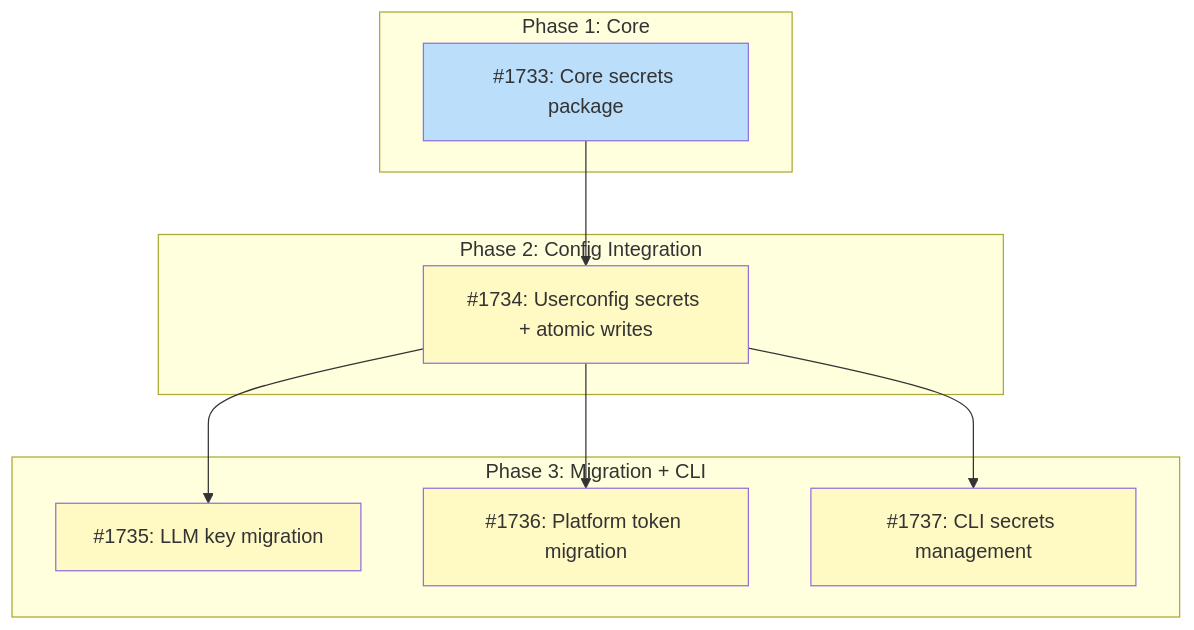
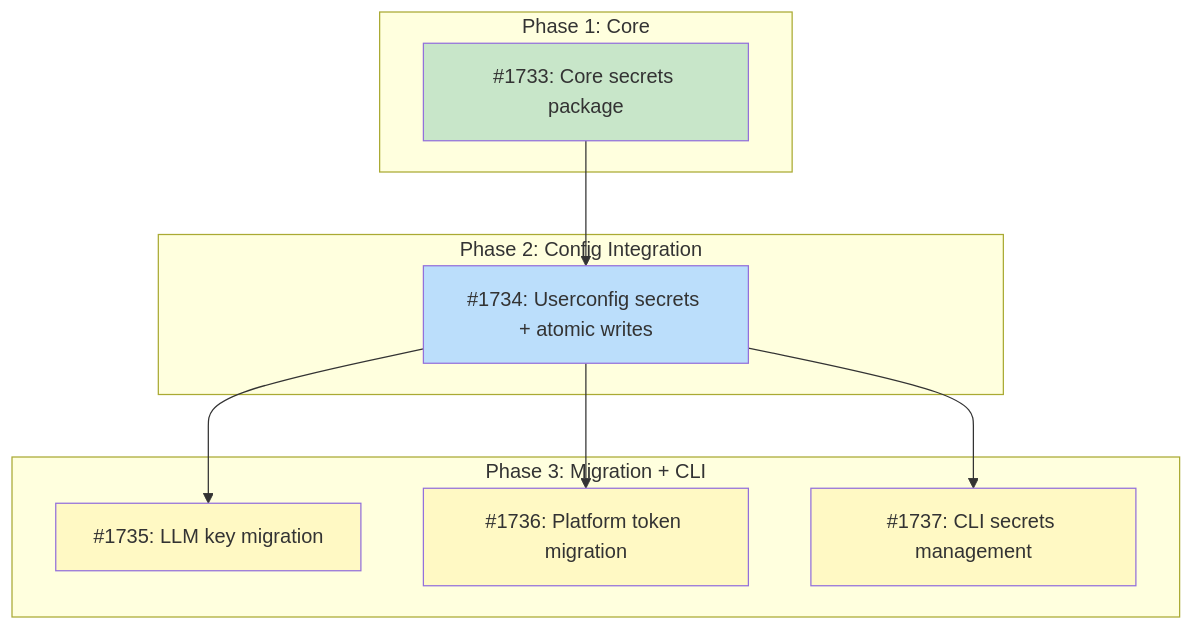
One commit to tsukumogami/tsuku changed the diagram in docs/designs/DESIGN-secrets-manager.md. Above: the diagram before and after it, drawn with Mermaid. The commit also changed other lines of this file and 1 other file, not shown here.

Commit message:
chore: mark issue #1733 as complete in design doc
Update implementation issues table with strikethrough and Mermaid
diagram status from ready to done. Advance #1734 to ready.

````diff
--- a/docs/designs/DESIGN-secrets-manager.md
+++ b/docs/designs/DESIGN-secrets-manager.md
@@ -53,31 +53,31 @@
 ```mermaid
 graph TD
     subgraph Phase1["Phase 1: Core"]
         I1733["#1733: Core secrets package"]
     end
 
     subgraph Phase2["Phase 2: Config Integration"]
         I1734["#1734: Userconfig secrets + atomic writes"]
     end
 
     subgraph Phase3["Phase 3: Migration + CLI"]
         I1735["#1735: LLM key migration"]
         I1736["#1736: Platform token migration"]
         I1737["#1737: CLI secrets management"]
     end
 
     I1733 --> I1734
     I1734 --> I1735
     I1734 --> I1736
     I1734 --> I1737
 
     classDef done fill:#c8e6c9
     classDef ready fill:#bbdefb
     classDef blocked fill:#fff9c4
     classDef needsDesign fill:#e1bee7
     classDef tracksDesign fill:#FFE0B2,stroke:#F57C00,color:#000
 
-    class I1733 ready
-    class I1734 blocked
+    class I1733 done
+    class I1734 ready
     class I1735,I1736,I1737 blocked
 ```
````
